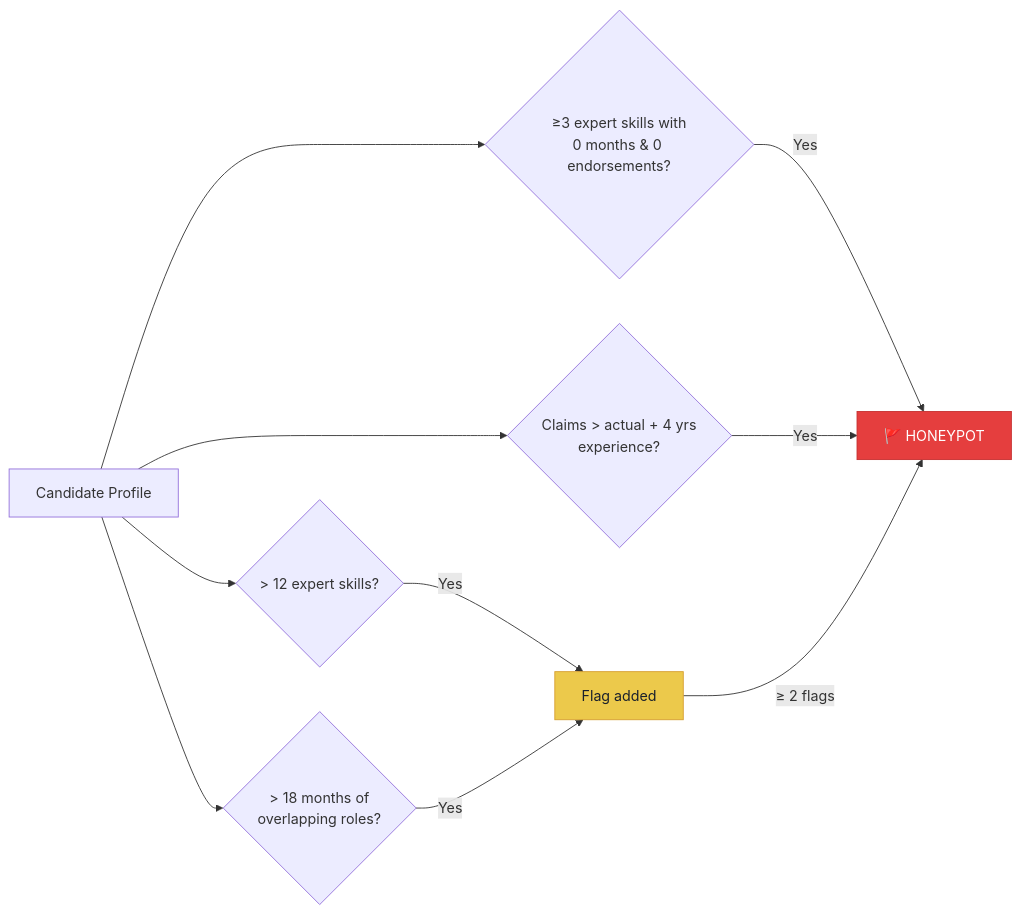
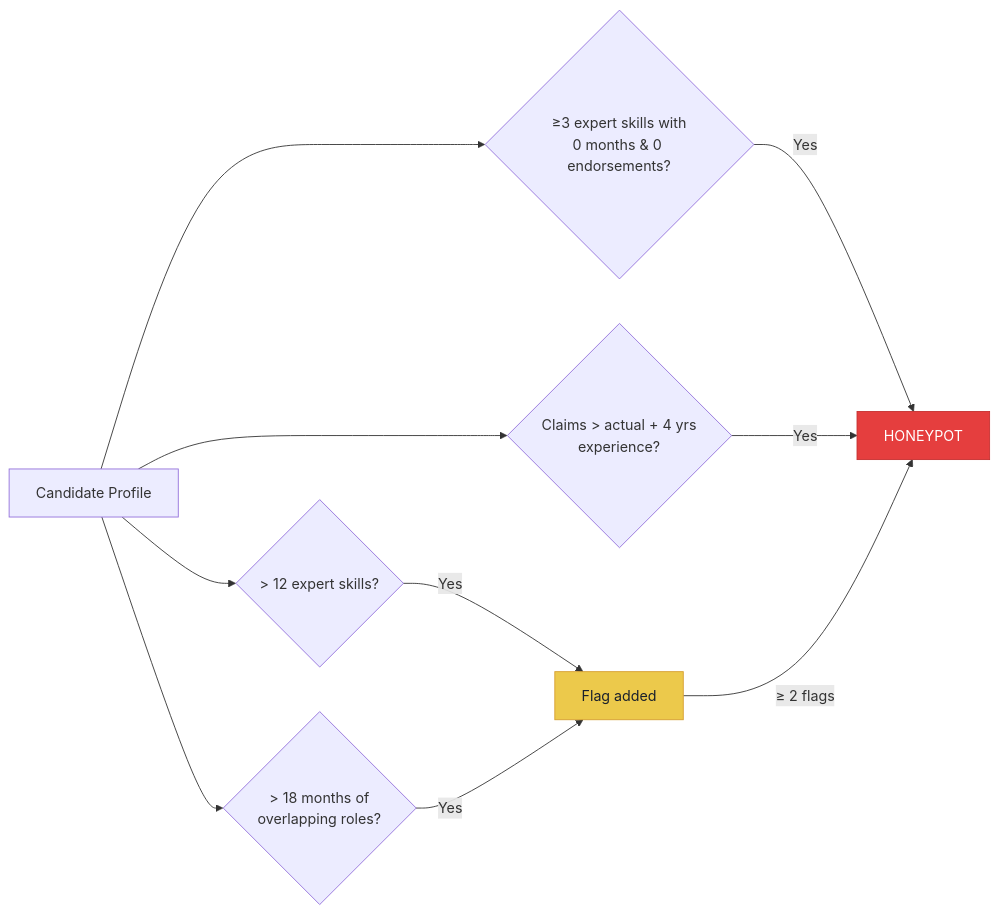
One commit to prathameshfuke/candis changed the fifth of 6 diagrams in README.md. Above: the diagram before and after it, drawn with Mermaid. The commit also changed other lines of this file and 5 other files, not shown here.

````diff
--- a/README.md
+++ b/README.md
@@ -255,16 +255,16 @@
 ```mermaid
 flowchart LR
     A["Candidate Profile"] --> B{"≥3 expert skills with<br/>0 months & 0 endorsements?"}
     A --> C{"Claims > actual + 4 yrs<br/>experience?"}
     A --> D{"> 12 expert skills?"}
     A --> E{"> 18 months of<br/>overlapping roles?"}
 
-    B -->|"Yes"| F["🚩 HONEYPOT"]
+    B -->|"Yes"| F["HONEYPOT"]
     C -->|"Yes"| F
     D -->|"Yes"| G["Flag added"]
     E -->|"Yes"| G
     G -->|"≥ 2 flags"| F
 
     style F fill:#e53e3e,stroke:#c53030,color:#fff
     style G fill:#ecc94b,stroke:#d69e2e,color:#1a202c
 ```
````
